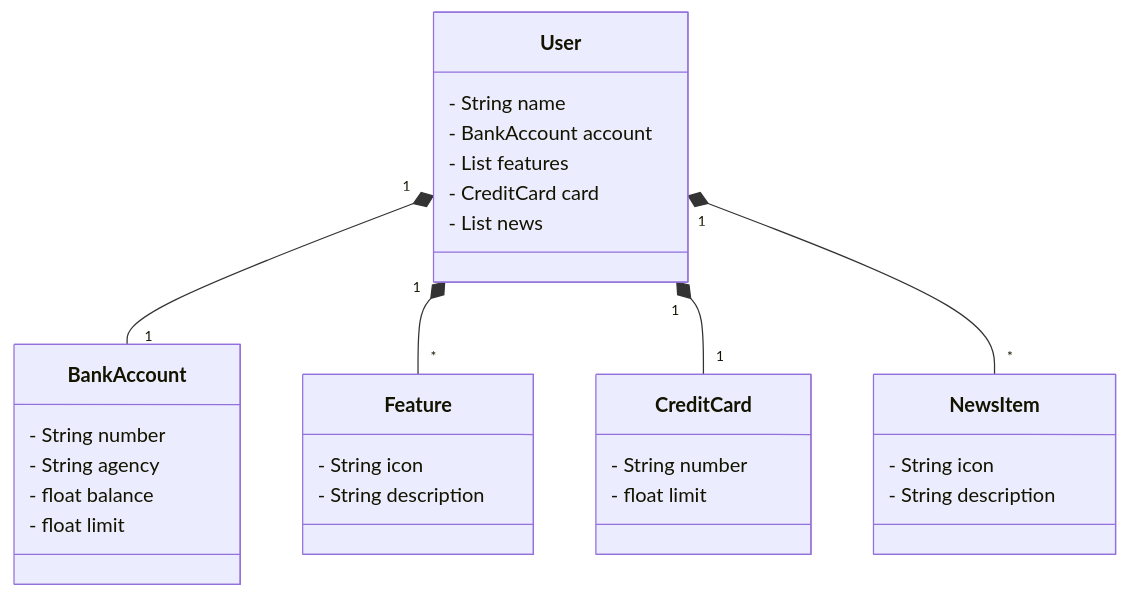
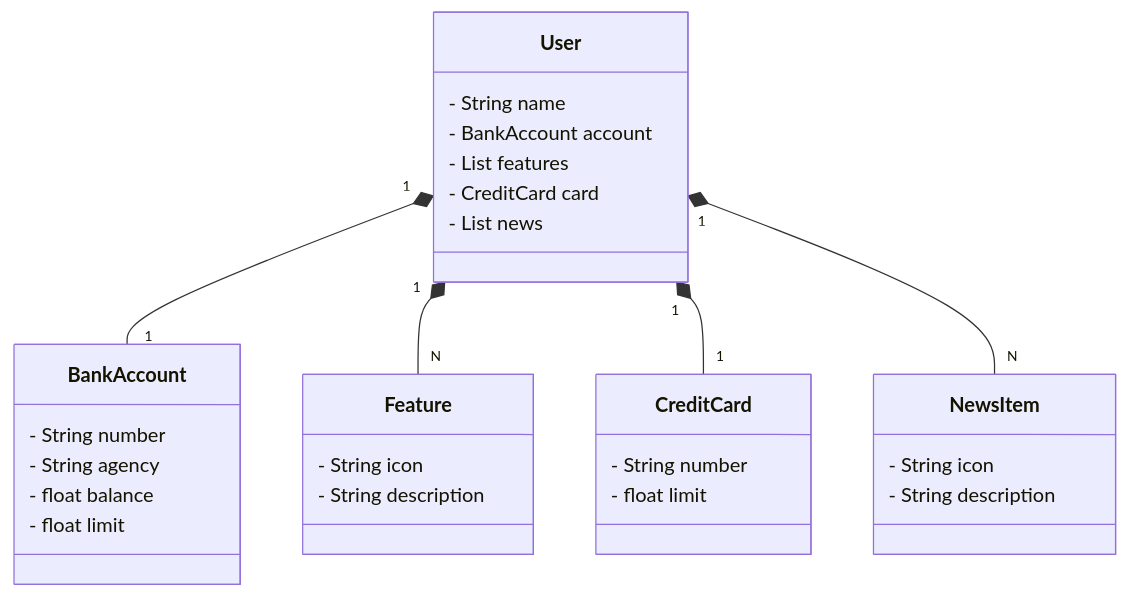
The diagram in README.md (DanielNaiff/santander-dev-work-2024), drawn with Mermaid before and after one commit.

Commit message:
Adequando o diagrama de classes

````diff
--- a/README.md
+++ b/README.md
@@ -5,37 +5,37 @@
 ```mermaid
 classDiagram
   class User {
     - String name
     - BankAccount account
     - List<Feature> features
     - CreditCard card
     - List<NewsItem> news
   }
 
   class BankAccount {
     - String number
     - String agency
     - float balance
     - float limit
   }
 
   class Feature {
     - String icon
     - String description
   }
 
   class CreditCard {
     - String number
     - float limit
   }
 
   class NewsItem {
     - String icon
     - String description
   }
 
   User "1" *-- "1" BankAccount
-  User "1" *-- "*" Feature
+  User "1" *-- "N" Feature
   User "1" *-- "1" CreditCard
-  User "1" *-- "*" NewsItem
+  User "1" *-- "N" NewsItem
 ```
````
